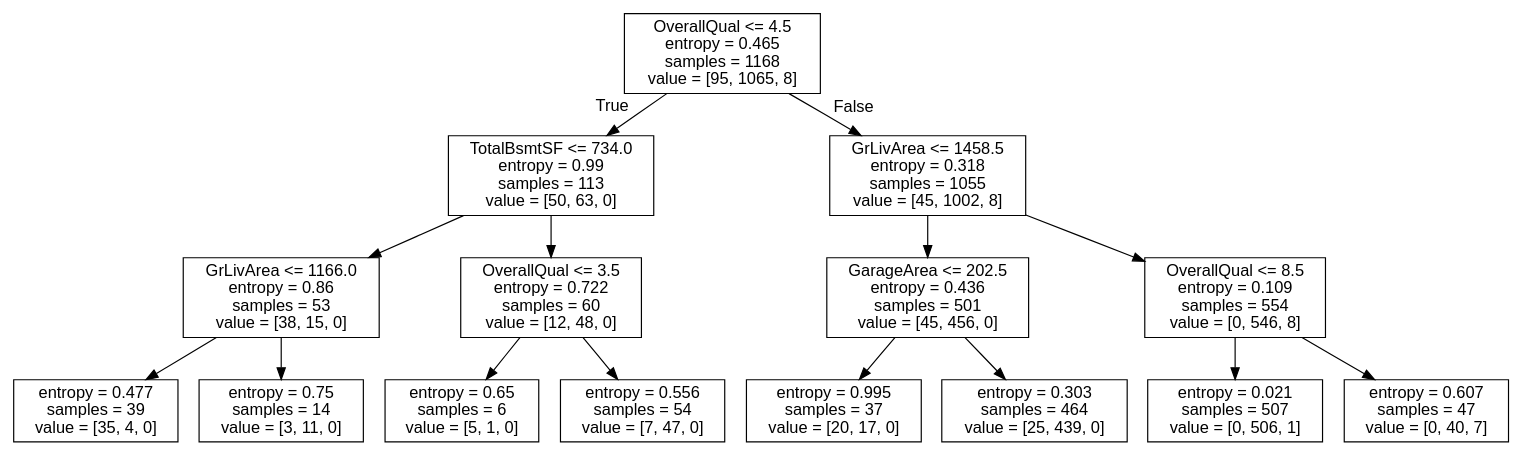
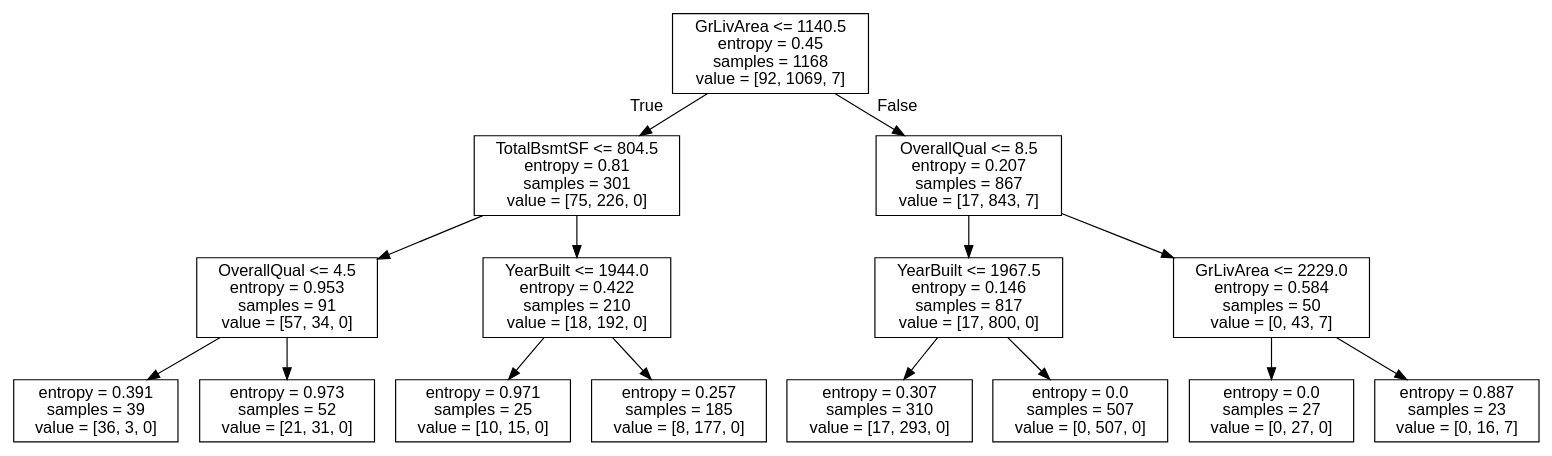
One commit to genomorro/unir changed the diagram in out/dtc.dot. Above: the diagram before and after it, drawn with Graphviz. The commit also changed 2 other files, not shown here.

```diff
--- a/out/dtc.dot
+++ b/out/dtc.dot
@@ -1,33 +1,33 @@
 digraph Tree {
 node [shape=box, fontname="helvetica"] ;
 edge [fontname="helvetica"] ;
-0 [label="OverallQual <= 4.5\nentropy = 0.465\nsamples = 1168\nvalue = [95, 1065, 8]"] ;
-1 [label="TotalBsmtSF <= 734.0\nentropy = 0.99\nsamples = 113\nvalue = [50, 63, 0]"] ;
+0 [label="GrLivArea <= 1140.5\nentropy = 0.45\nsamples = 1168\nvalue = [92, 1069, 7]"] ;
+1 [label="TotalBsmtSF <= 804.5\nentropy = 0.81\nsamples = 301\nvalue = [75, 226, 0]"] ;
 0 -> 1 [labeldistance=2.5, labelangle=45, headlabel="True"] ;
-2 [label="GrLivArea <= 1166.0\nentropy = 0.86\nsamples = 53\nvalue = [38, 15, 0]"] ;
+2 [label="OverallQual <= 4.5\nentropy = 0.953\nsamples = 91\nvalue = [57, 34, 0]"] ;
 1 -> 2 ;
-3 [label="entropy = 0.477\nsamples = 39\nvalue = [35, 4, 0]"] ;
+3 [label="entropy = 0.391\nsamples = 39\nvalue = [36, 3, 0]"] ;
 2 -> 3 ;
-4 [label="entropy = 0.75\nsamples = 14\nvalue = [3, 11, 0]"] ;
+4 [label="entropy = 0.973\nsamples = 52\nvalue = [21, 31, 0]"] ;
 2 -> 4 ;
-5 [label="OverallQual <= 3.5\nentropy = 0.722\nsamples = 60\nvalue = [12, 48, 0]"] ;
+5 [label="YearBuilt <= 1944.0\nentropy = 0.422\nsamples = 210\nvalue = [18, 192, 0]"] ;
 1 -> 5 ;
-6 [label="entropy = 0.65\nsamples = 6\nvalue = [5, 1, 0]"] ;
+6 [label="entropy = 0.971\nsamples = 25\nvalue = [10, 15, 0]"] ;
 5 -> 6 ;
-7 [label="entropy = 0.556\nsamples = 54\nvalue = [7, 47, 0]"] ;
+7 [label="entropy = 0.257\nsamples = 185\nvalue = [8, 177, 0]"] ;
 5 -> 7 ;
-8 [label="GrLivArea <= 1458.5\nentropy = 0.318\nsamples = 1055\nvalue = [45, 1002, 8]"] ;
+8 [label="OverallQual <= 8.5\nentropy = 0.207\nsamples = 867\nvalue = [17, 843, 7]"] ;
 0 -> 8 [labeldistance=2.5, labelangle=-45, headlabel="False"] ;
-9 [label="GarageArea <= 202.5\nentropy = 0.436\nsamples = 501\nvalue = [45, 456, 0]"] ;
+9 [label="YearBuilt <= 1967.5\nentropy = 0.146\nsamples = 817\nvalue = [17, 800, 0]"] ;
 8 -> 9 ;
-10 [label="entropy = 0.995\nsamples = 37\nvalue = [20, 17, 0]"] ;
+10 [label="entropy = 0.307\nsamples = 310\nvalue = [17, 293, 0]"] ;
 9 -> 10 ;
-11 [label="entropy = 0.303\nsamples = 464\nvalue = [25, 439, 0]"] ;
+11 [label="entropy = 0.0\nsamples = 507\nvalue = [0, 507, 0]"] ;
 9 -> 11 ;
-12 [label="OverallQual <= 8.5\nentropy = 0.109\nsamples = 554\nvalue = [0, 546, 8]"] ;
+12 [label="GrLivArea <= 2229.0\nentropy = 0.584\nsamples = 50\nvalue = [0, 43, 7]"] ;
 8 -> 12 ;
-13 [label="entropy = 0.021\nsamples = 507\nvalue = [0, 506, 1]"] ;
+13 [label="entropy = 0.0\nsamples = 27\nvalue = [0, 27, 0]"] ;
 12 -> 13 ;
-14 [label="entropy = 0.607\nsamples = 47\nvalue = [0, 40, 7]"] ;
+14 [label="entropy = 0.887\nsamples = 23\nvalue = [0, 16, 7]"] ;
 12 -> 14 ;
 }
```
